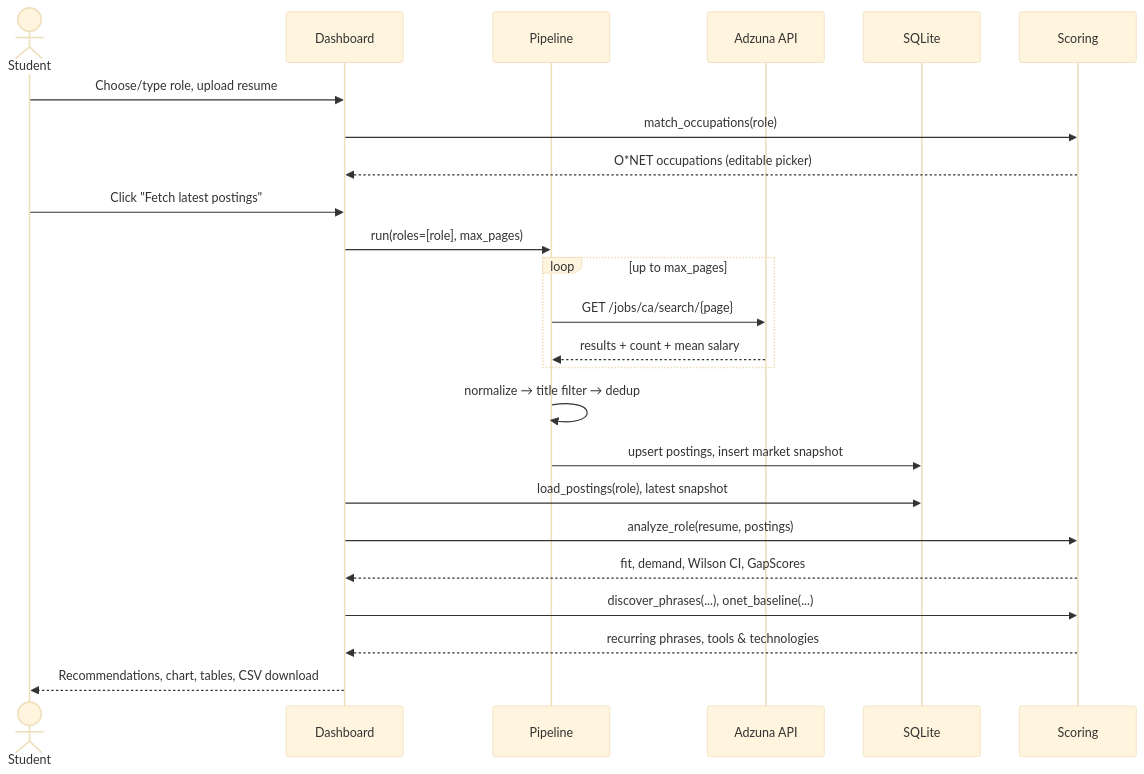
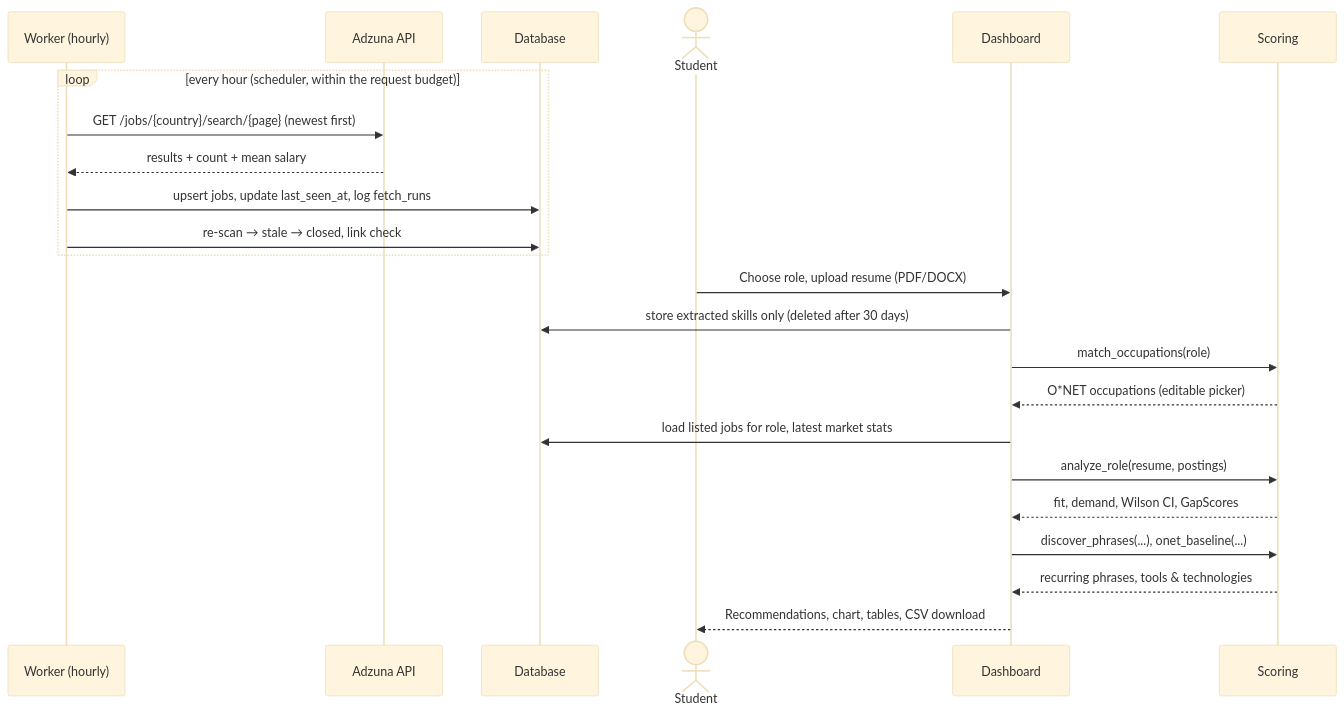
Before and after one commit to luislimon12/skills_gap_analyzer: the second of 7 diagrams in docs/Skills Gap Analyzer - Complete Guide.md, drawn with Mermaid (base theme). The commit also changed other lines of this file and 35 other files, not shown here.

````diff
--- a/docs/Skills Gap Analyzer - Complete Guide.md
+++ b/docs/Skills Gap Analyzer - Complete Guide.md
@@ -113,27 +113,26 @@
 ```mermaid
 sequenceDiagram
+    participant W as Worker (hourly)
+    participant A as Adzuna API
+    participant DB as Database
     actor S as Student
     participant D as Dashboard
-    participant P as Pipeline
-    participant A as Adzuna API
-    participant DB as SQLite
     participant SC as Scoring
 
-    S->>D: Choose/type role, upload resume
+    loop every hour (scheduler, within the request budget)
+        W->>A: GET /jobs/{country}/search/{page} (newest first)
+        A-->>W: results + count + mean salary
+        W->>DB: upsert jobs, update last_seen_at, log fetch_runs
+        W->>DB: re-scan → stale → closed, link check
+    end
+    S->>D: Choose role, upload resume (PDF/DOCX)
+    D->>DB: store extracted skills only (deleted after 30 days)
     D->>SC: match_occupations(role)
     SC-->>D: O*NET occupations (editable picker)
-    S->>D: Click "Fetch latest postings"
-    D->>P: run(roles=[role], max_pages)
-    loop up to max_pages
-        P->>A: GET /jobs/ca/search/{page}
-        A-->>P: results + count + mean salary
-    end
-    P->>P: normalize → title filter → dedup
-    P->>DB: upsert postings, insert market snapshot
-    D->>DB: load_postings(role), latest snapshot
+    D->>DB: load listed jobs for role, latest market stats
     D->>SC: analyze_role(resume, postings)
     SC-->>D: fit, demand, Wilson CI, GapScores
     D->>SC: discover_phrases(...), onet_baseline(...)
     SC-->>D: recurring phrases, tools & technologies
     D-->>S: Recommendations, chart, tables, CSV download
 ```
````
